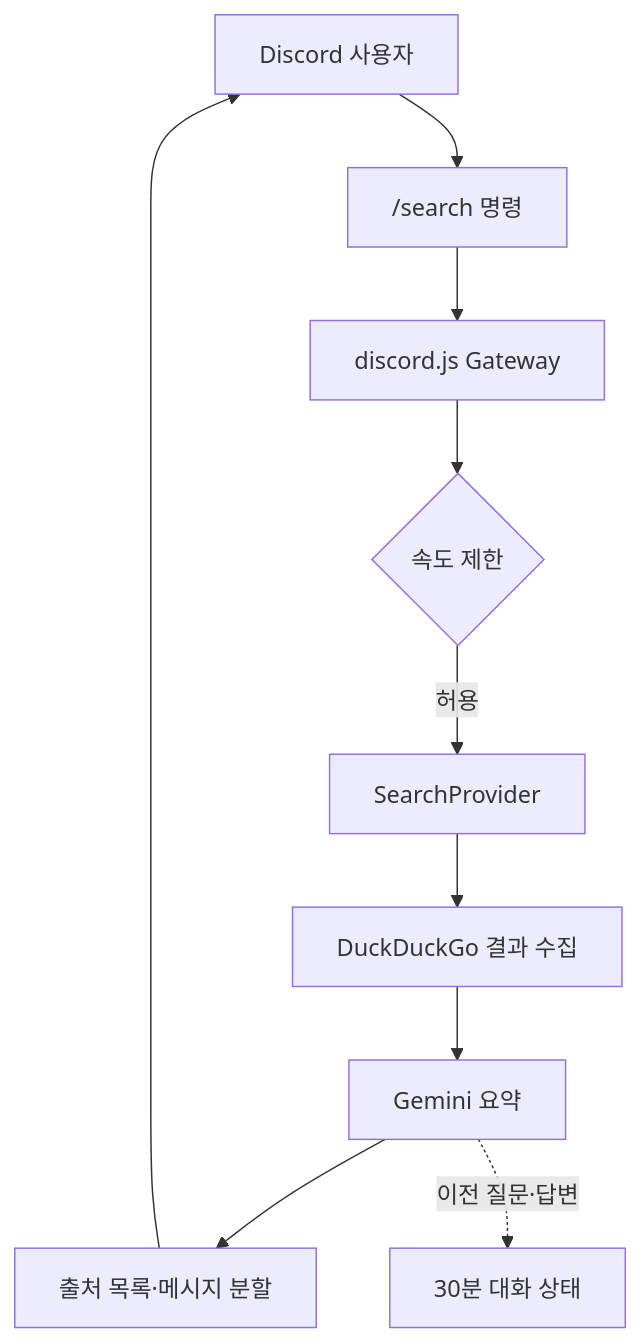
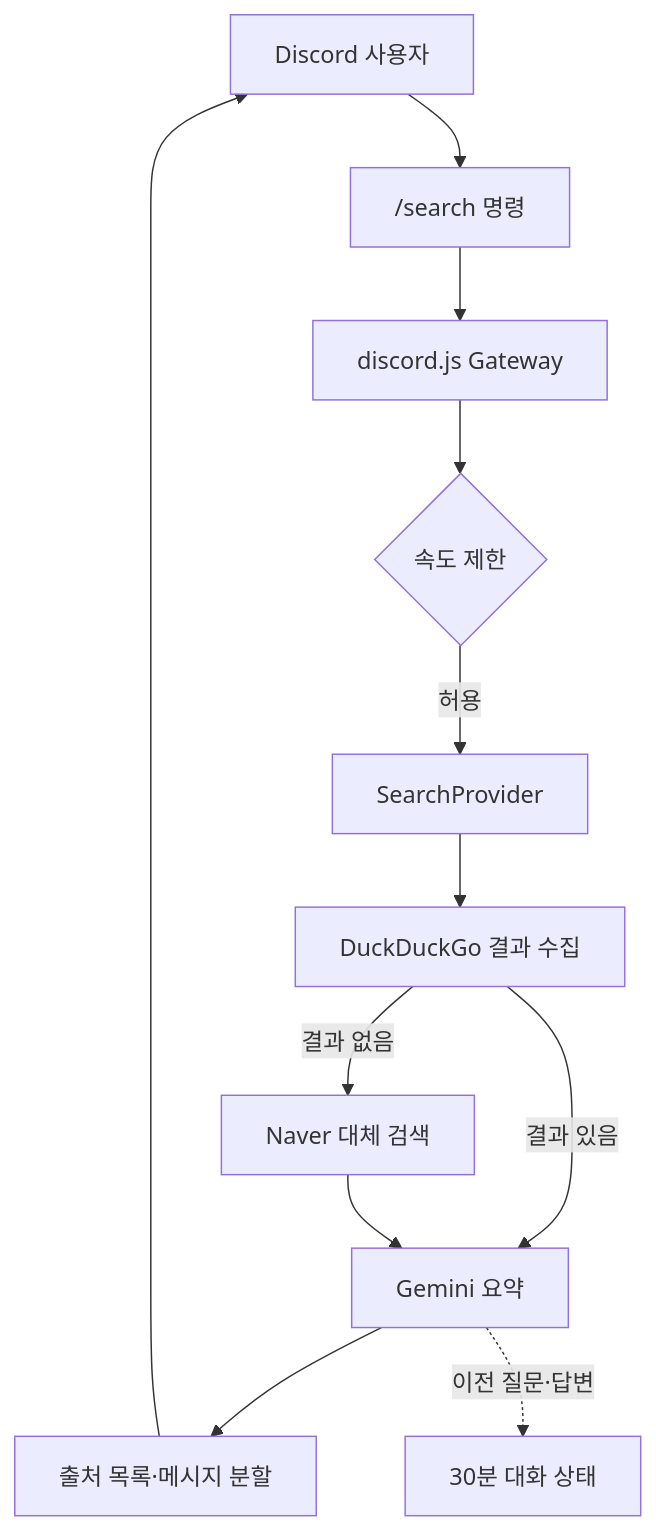
Before and after one commit to ymkzz123/discord-bot-boodae: the diagram in README.md, drawn with Mermaid. The commit also changed other lines of this file and 5 other files, not shown here.

Commit message:
fix: mirror kannyan HTML search fallback flow

````diff
--- a/README.md
+++ b/README.md
@@ -35,12 +35,14 @@
 ```mermaid
 flowchart TD
     U["Discord 사용자"] --> C["/search 명령"]
     C --> G["discord.js Gateway"]
     G --> L{"속도 제한"}
     L -->|허용| P["SearchProvider"]
     P --> D["DuckDuckGo 결과 수집"]
-    D --> M["Gemini 요약"]
+    D -->|결과 없음| N["Naver 대체 검색"]
+    D -->|결과 있음| M["Gemini 요약"]
+    N --> M
     M --> F["출처 목록·메시지 분할"]
     F --> U
     M -. 이전 질문·답변 .-> S["30분 대화 상태"]
 ```
````
